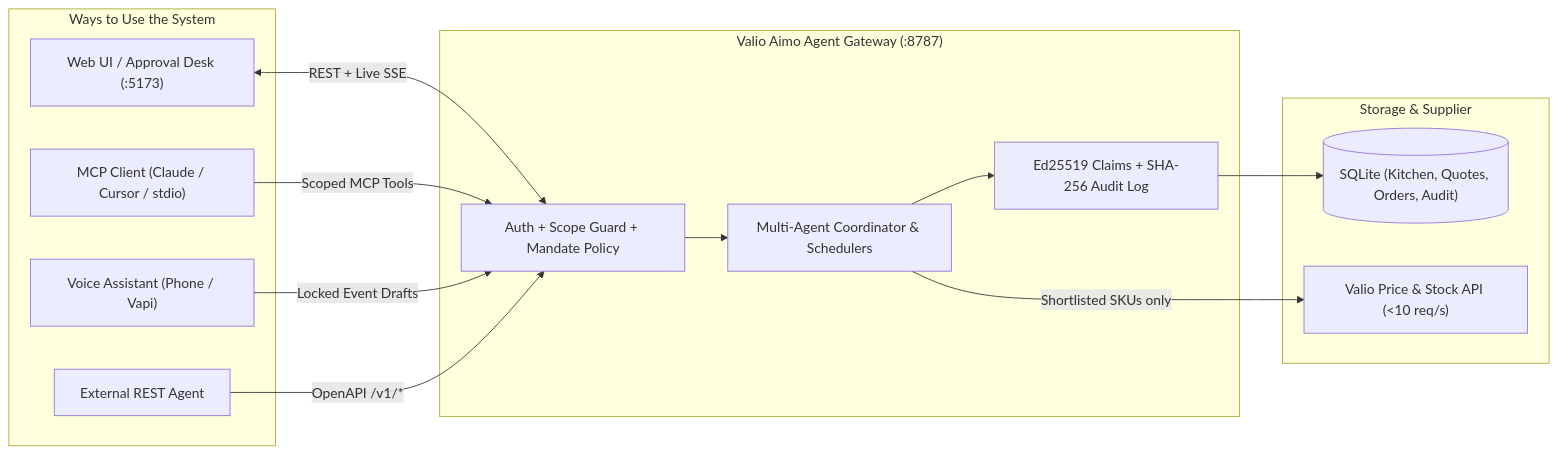
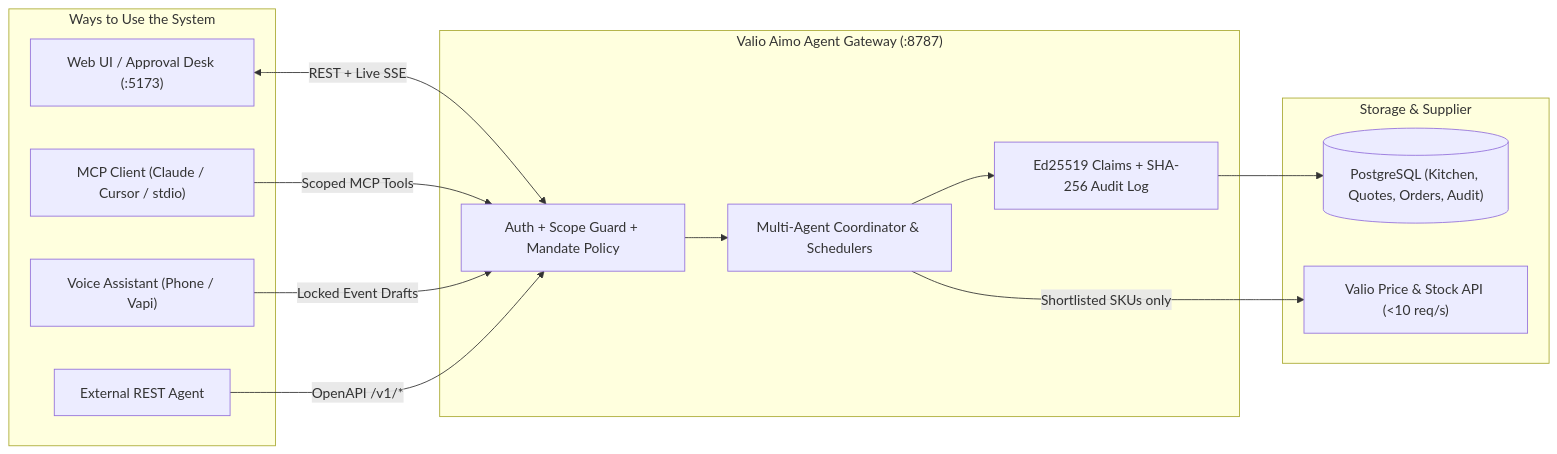
The first of 3 diagrams in README.md (WasayRizwani/ValioTrustedGateway), drawn with Mermaid before and after one commit. The commit also changed other lines of this file and 67 other files, not shown here.

Commit message:
feat: migrate storage to PostgreSQL/PGlite, add bilateral trade receipts, demo seed, and desk UI views

````diff
--- a/README.md
+++ b/README.md
@@ -22,29 +22,29 @@
 ```mermaid
 flowchart LR
   subgraph Entry["Ways to Use the System"]
     UI["Web UI / Approval Desk (:5173)"]
     MCP["MCP Client (Claude / Cursor / stdio)"]
     Voice["Voice Assistant (Phone / Vapi)"]
     REST["External REST Agent"]
   end
 
   subgraph GW["Valio Aimo Agent Gateway (:8787)"]
     Guard["Auth + Scope Guard + Mandate Policy"]
     Core["Multi-Agent Coordinator & Schedulers"]
     Audit["Ed25519 Claims + SHA-256 Audit Log"]
   end
 
   subgraph Data["Storage & Supplier"]
-    DB[("SQLite (Kitchen, Quotes, Orders, Audit)")]
+    DB[("PostgreSQL (Kitchen, Quotes, Orders, Audit)")]
     Valio["Valio Price & Stock API (<10 req/s)"]
   end
 
   UI <-->|"REST + Live SSE"| Guard
   MCP -->|"Scoped MCP Tools"| Guard
   Voice -->|"Locked Event Drafts"| Guard
   REST -->|"OpenAPI /v1/*"| Guard
 
   Guard --> Core
   Core --> Audit --> DB
   Core -->|"Shortlisted SKUs only"| Valio
 ```
````
